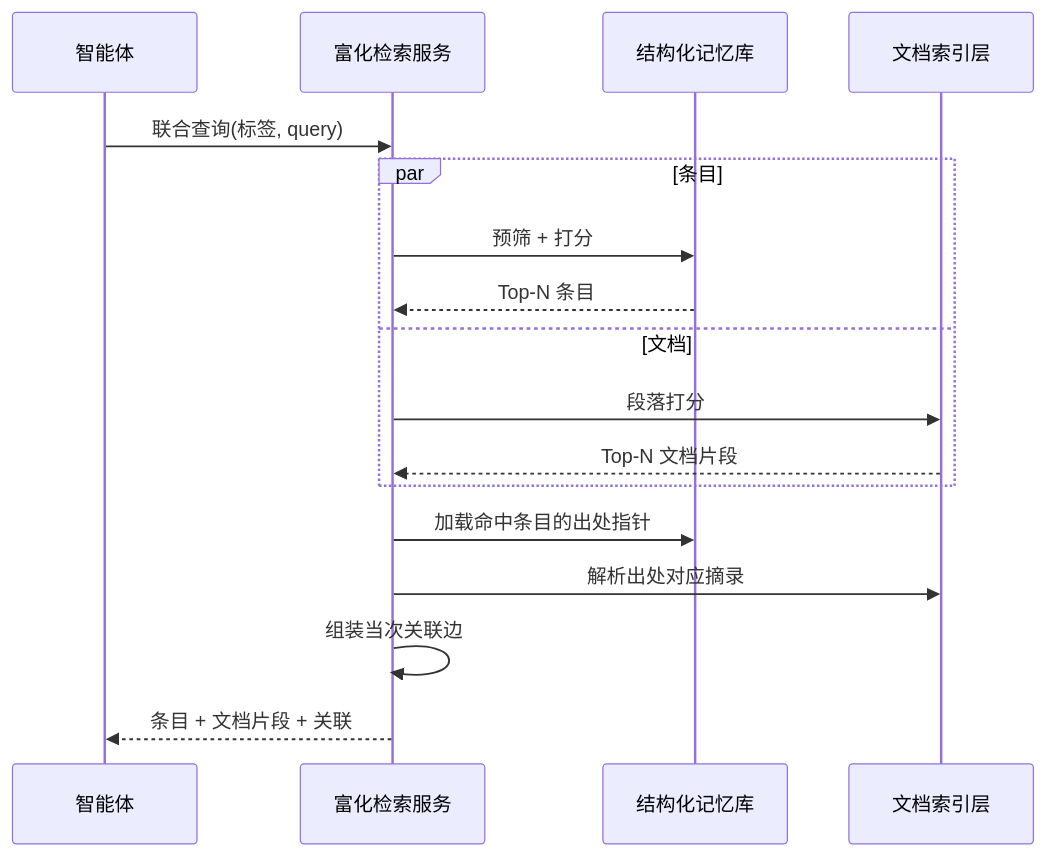
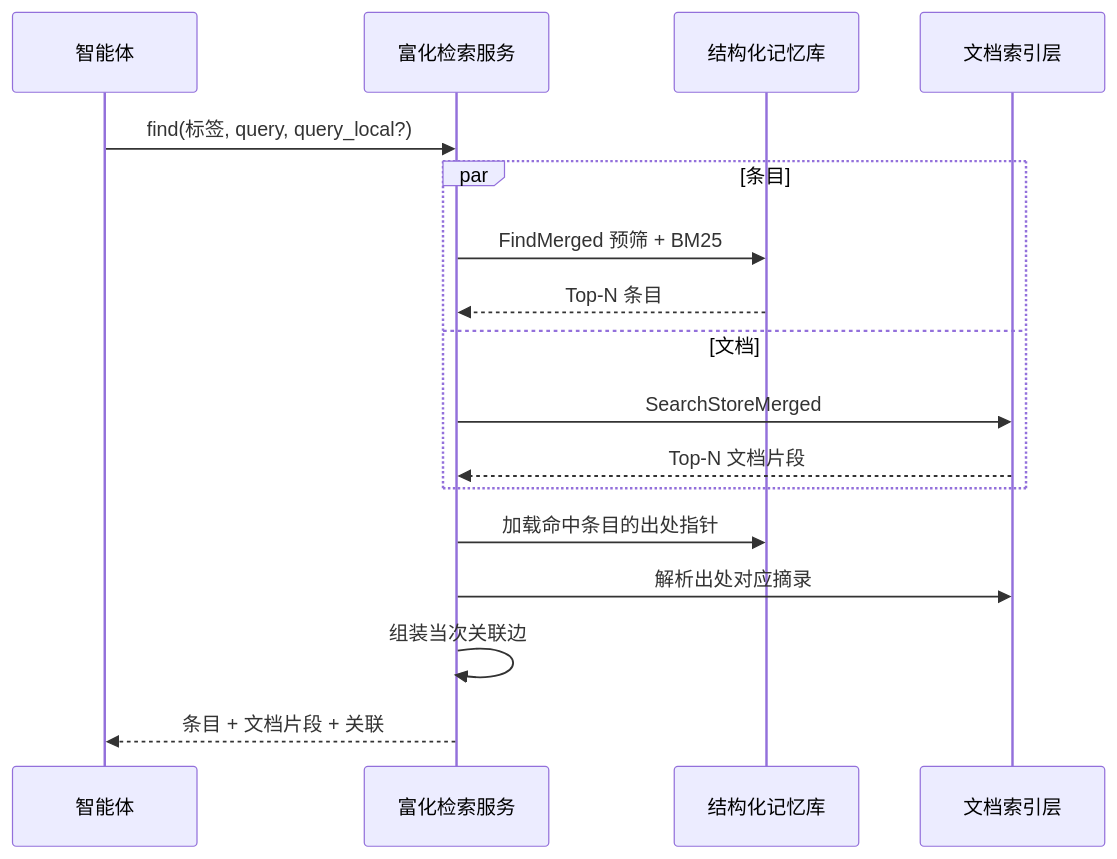
Before and after one commit to SteamedBread2333/imprint: the sixth of 9 diagrams in docs/storage-retrieval.zh.md, drawn with Mermaid. The commit also changed other lines of this file and 34 other files, not shown here.

````diff
--- a/docs/storage-retrieval.zh.md
+++ b/docs/storage-retrieval.zh.md
@@ -257,20 +270,20 @@
 ```mermaid
 sequenceDiagram
   participant A as 智能体
   participant S as 富化检索服务
   participant M as 结构化记忆库
   participant D as 文档索引层
 
-  A->>S: 联合查询(标签, query)
+  A->>S: find(标签, query, query_local?)
   par 条目
-    S->>M: 预筛 + 打分
+    S->>M: FindMerged 预筛 + BM25
     M-->>S: Top-N 条目
   and 文档
-    S->>D: 段落打分
+    S->>D: SearchStoreMerged
     D-->>S: Top-N 文档片段
   end
   S->>M: 加载命中条目的出处指针
   S->>D: 解析出处对应摘录
   S->>S: 组装当次关联边
   S-->>A: 条目 + 文档片段 + 关联
 ```
````
